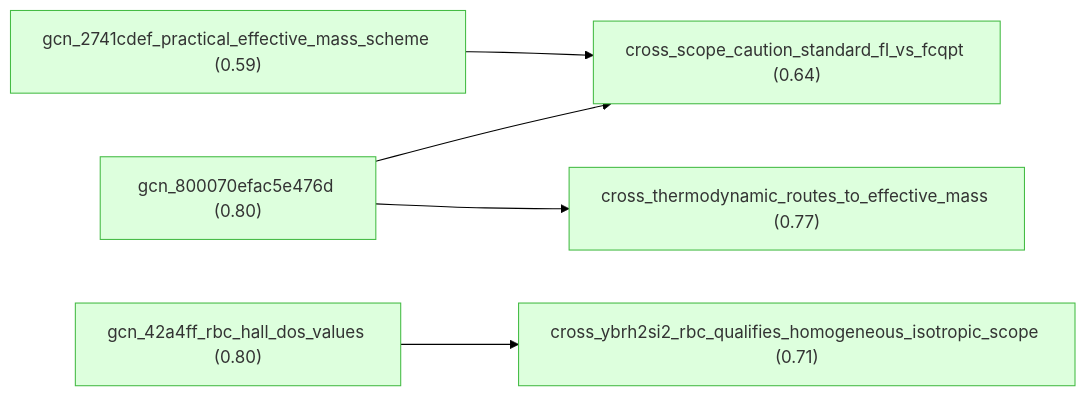
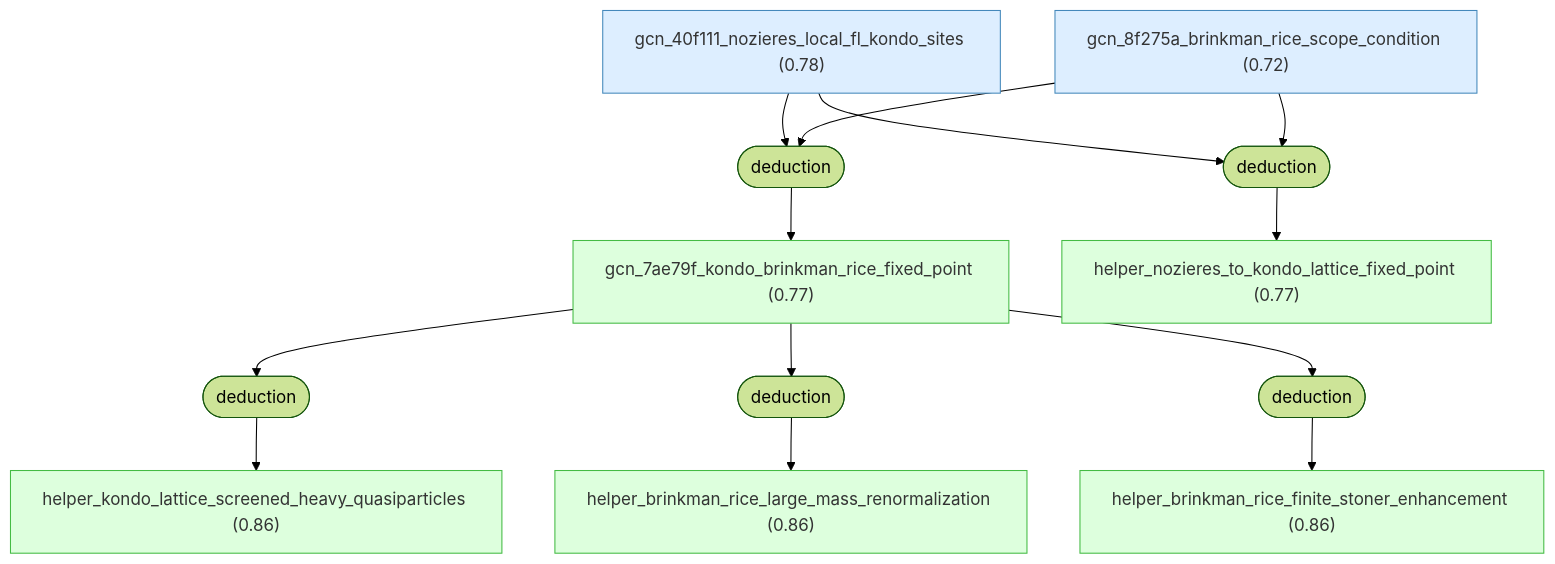
The second of 10 diagrams in docs/detailed-reasoning.md (Callo42/fermi-liquid-effective-mass-gaia), drawn with Mermaid (forest theme) before and after one commit. The commit also changed other lines of this file and 197 other files, not shown here.

First line of the commit message:
Grow effective-mass graph to 100-node starmap

````diff
--- a/docs/detailed-reasoning.md
+++ b/docs/detailed-reasoning.md
@@ -7,23 +518,37 @@
 ```mermaid
-graph LR
-    gcn_800070efac5e476d["gcn_800070efac5e476d (0.80)"]:::derived
-    gcn_42a4ff_rbc_hall_dos_values["gcn_42a4ff_rbc_hall_dos_values (0.80)"]:::derived
-    gcn_2741cdef_practical_effective_mass_scheme["gcn_2741cdef_practical_effective_mass_scheme (0.59)"]:::derived
-    cross_thermodynamic_routes_to_effective_mass["cross_thermodynamic_routes_to_effective_mass (0.77)"]:::derived
-    cross_scope_caution_standard_fl_vs_fcqpt["cross_scope_caution_standard_fl_vs_fcqpt (0.64)"]:::derived
-    cross_ybrh2si2_rbc_qualifies_homogeneous_isotropic_scope["cross_ybrh2si2_rbc_qualifies_homogeneous_isotropic_scope (0.71)"]:::derived
-    gcn_2741cdef_practical_effective_mass_scheme --> cross_scope_caution_standard_fl_vs_fcqpt
-    gcn_42a4ff_rbc_hall_dos_values --> cross_ybrh2si2_rbc_qualifies_homogeneous_isotropic_scope
-    gcn_800070efac5e476d --> cross_scope_caution_standard_fl_vs_fcqpt
-    gcn_800070efac5e476d --> cross_thermodynamic_routes_to_effective_mass
+graph TD
+    gcn_40f111_nozieres_local_fl_kondo_sites["gcn_40f111_nozieres_local_fl_kondo_sites (0.78)"]:::premise
+    gcn_8f275a_brinkman_rice_scope_condition["gcn_8f275a_brinkman_rice_scope_condition (0.72)"]:::premise
+    gcn_7ae79f_kondo_brinkman_rice_fixed_point["gcn_7ae79f_kondo_brinkman_rice_fixed_point (0.77)"]:::derived
+    helper_kondo_lattice_screened_heavy_quasiparticles["helper_kondo_lattice_screened_heavy_quasiparticles (0.86)"]:::derived
+    helper_brinkman_rice_large_mass_renormalization["helper_brinkman_rice_large_mass_renormalization (0.86)"]:::derived
+    helper_brinkman_rice_finite_stoner_enhancement["helper_brinkman_rice_finite_stoner_enhancement (0.86)"]:::derived
+    helper_nozieres_to_kondo_lattice_fixed_point["helper_nozieres_to_kondo_lattice_fixed_point (0.77)"]:::derived
+    strat_3(["deduction"])
+    gcn_40f111_nozieres_local_fl_kondo_sites --> strat_3
+    gcn_8f275a_brinkman_rice_scope_condition --> strat_3
+    strat_3 --> gcn_7ae79f_kondo_brinkman_rice_fixed_point
+    strat_4(["deduction"])
+    gcn_7ae79f_kondo_brinkman_rice_fixed_point --> strat_4
+    strat_4 --> helper_kondo_lattice_screened_heavy_quasiparticles
+    strat_5(["deduction"])
+    gcn_7ae79f_kondo_brinkman_rice_fixed_point --> strat_5
+    strat_5 --> helper_brinkman_rice_large_mass_renormalization
+    strat_6(["deduction"])
+    gcn_7ae79f_kondo_brinkman_rice_fixed_point --> strat_6
+    strat_6 --> helper_brinkman_rice_finite_stoner_enhancement
+    strat_7(["deduction"])
+    gcn_40f111_nozieres_local_fl_kondo_sites --> strat_7
+    gcn_8f275a_brinkman_rice_scope_condition --> strat_7
+    strat_7 --> helper_nozieres_to_kondo_lattice_fixed_point
 
     classDef setting fill:#f0f0f0,stroke:#999,color:#333
     classDef premise fill:#ddeeff,stroke:#4488bb,color:#333
     classDef derived fill:#ddffdd,stroke:#44bb44,color:#333
     classDef question fill:#fff3dd,stroke:#cc9944,color:#333
     classDef background fill:#f5f5f5,stroke:#bbb,stroke-dasharray: 5 5,color:#333
     classDef orphan fill:#fff,stroke:#ccc,stroke-dasharray: 5 5,color:#333
     classDef external fill:#fff,stroke:#aaa,stroke-dasharray: 3 3,color:#333
     classDef weak fill:#fff9c4,stroke:#f9a825,stroke-dasharray: 5 5,color:#333
     classDef contra fill:#ffebee,stroke:#c62828,color:#333
 ```
````
